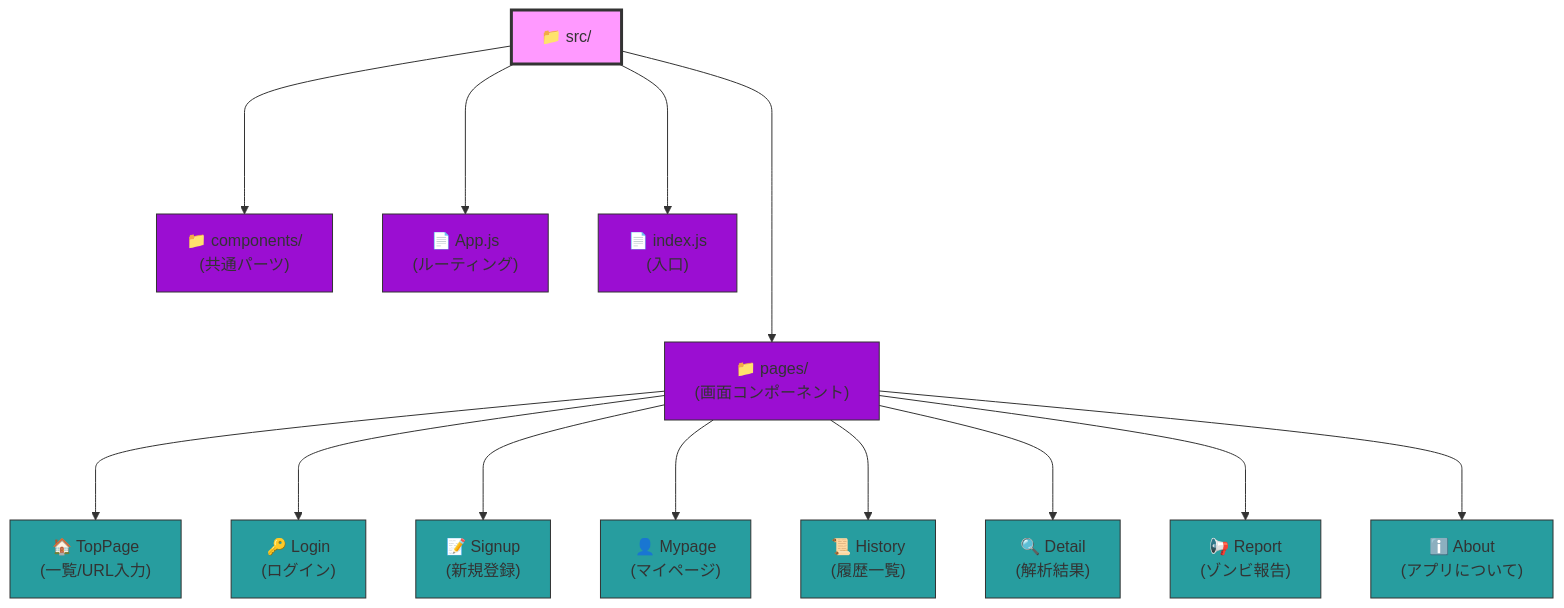
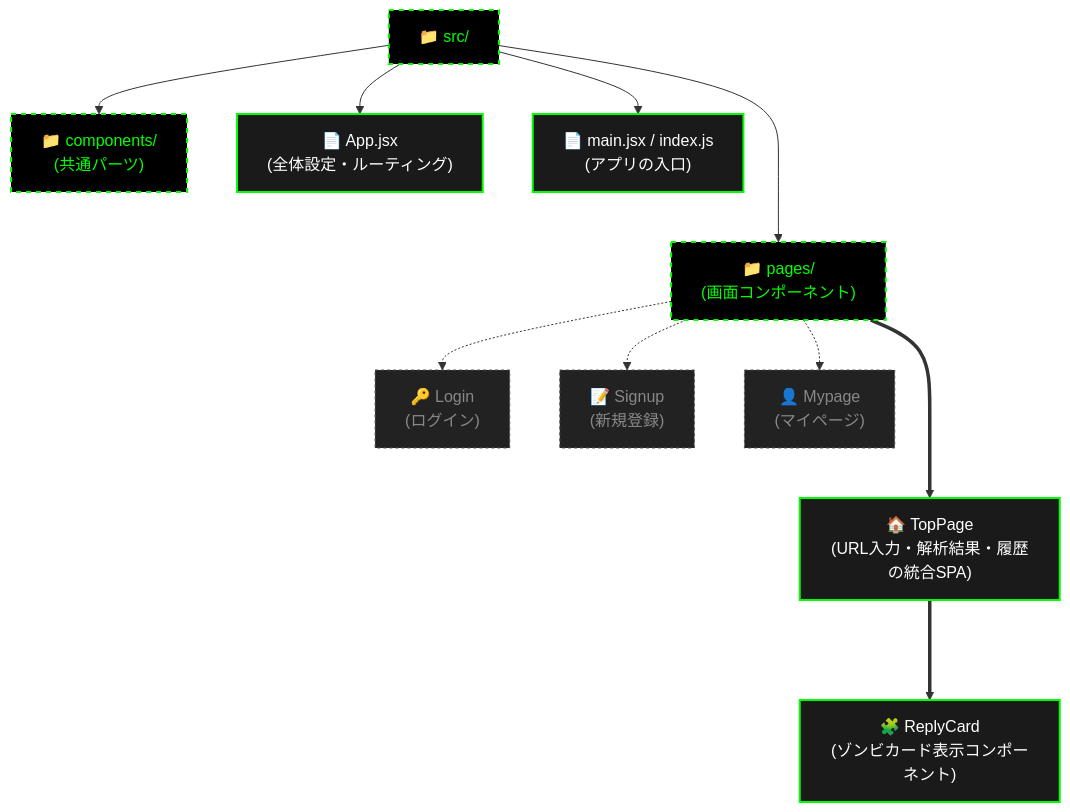
One commit to d-shiba-inu/impression_zombie_cleaner changed the diagram in docs/project-structure.md. Above: the diagram before and after it, drawn with Mermaid. The commit also changed other lines of this file, not shown here.

Commit message:
アプリ設計図の変更

````diff
--- a/docs/project-structure.md
+++ b/docs/project-structure.md
@@ -1,41 +5,32 @@
 ```mermaid
-graph TD
-    %% ノード定義（絵文字を入れて分かりやすく）
+flowchart TD
+    %% ノード定義
     Root["📁 src/"]
+    Pages["📁 pages/<br>(画面コンポーネント)"]
+    Comp["📁 components/<br>(共通パーツ)"]
+    App["📄 App.jsx<br>(全体設定・ルーティング)"]
+    Index["📄 main.jsx / index.js<br>(アプリの入口)"]
+
+    Root --> Index
+    Root --> App
+    Root --> Comp
+    Root ---> Pages
+
+    %% Pagesから各ページへの派生
+    Pages ===> Top["🏠 TopPage<br>(URL入力・解析結果・履歴の統合SPA)"]
+    Pages -.-> Login["🔑 Login<br>(ログイン)"]
+    Pages -.-> Signup["📝 Signup<br>(新規登録)"]
+    Pages -.-> Mypage["👤 Mypage<br>(マイページ)"]
+
+    %% TopPageの配下
+    Top ===> ReplyCard["🧩 ReplyCard<br>(ゾンビカード表示コンポーネント)"]
+
+    %% サイバーパンク風スタイリング
+    classDef default fill:#1a1a1a,stroke:#00ff00,stroke-width:2px,color:#fff;
+    classDef folder fill:#000000,stroke:#00ff00,stroke-width:2px,color:#00ff00,stroke-dasharray: 5 5;
+    classDef sub fill:#222222,stroke:#555555,stroke-width:1px,color:#888888,stroke-dasharray: 3 3;
     
-    Pages["📁 pages/ <br/>(画面コンポーネント)"]
-    Comp["📁 components/ <br/>(共通パーツ)"]
-    App["📄 App.js <br/>(ルーティング)"]
-    Index["📄 index.js <br/>(入口)"]
-
-    %% src直下の間隔を広げる（矢印を長くする）
-    Root -----> Pages
-    Root ----> Comp
-    Root ----> App
-    Root ----> Index
-
-    %% pages配下の展開（ここも少しゆったりと）
-    Pages ---> Top["🏠 TopPage<br/>(一覧/URL入力)"]
-    Pages ---> Login["🔑 Login<br/>(ログイン)"]
-    Pages ---> Signup["📝 Signup<br/>(新規登録)"]
-    Pages ---> Mypage["👤 Mypage<br/>(マイページ)"]
-    Pages ---> History["📜 History<br/>(履歴一覧)"]
-    Pages ---> Detail["🔍 Detail<br/>(解析結果)"]
-    Pages ---> Report["📢 Report<br/>(ゾンビ報告)"]
-    Pages ---> About["ℹ️ About<br/>(アプリについて)"]
-
-    %% スタイリング（余白感を感じさせる明るい色）
-    style Root fill: #f9f,stroke:#333,stroke-width:3px
-    style Pages fill: #9b0ed2,stroke:#333
-    style Comp fill: #9b0ed2,stroke:#333
-    style App fill: #9b0ed2,stroke:#333
-    style Index fill: #9b0ed2,stroke:#333
-    style Top fill: #279d9fff,stroke:#333
-    style Login fill: #279d9fff,stroke:#333
-    style Signup fill: #279d9fff,stroke:#333
-    style Mypage fill: #279d9fff,stroke:#333
-    style History fill: #279d9fff,stroke:#333
-    style Detail fill: #279d9fff,stroke:#333
-    style Report fill: #279d9fff,stroke:#333
-    style About fill: #279d9fff,stroke:#333
+    class Root,Pages,Comp folder;
+    class App,Index,Top,ReplyCard default;
+    class Login,Signup,Mypage,Report,About sub;
 ```
````
